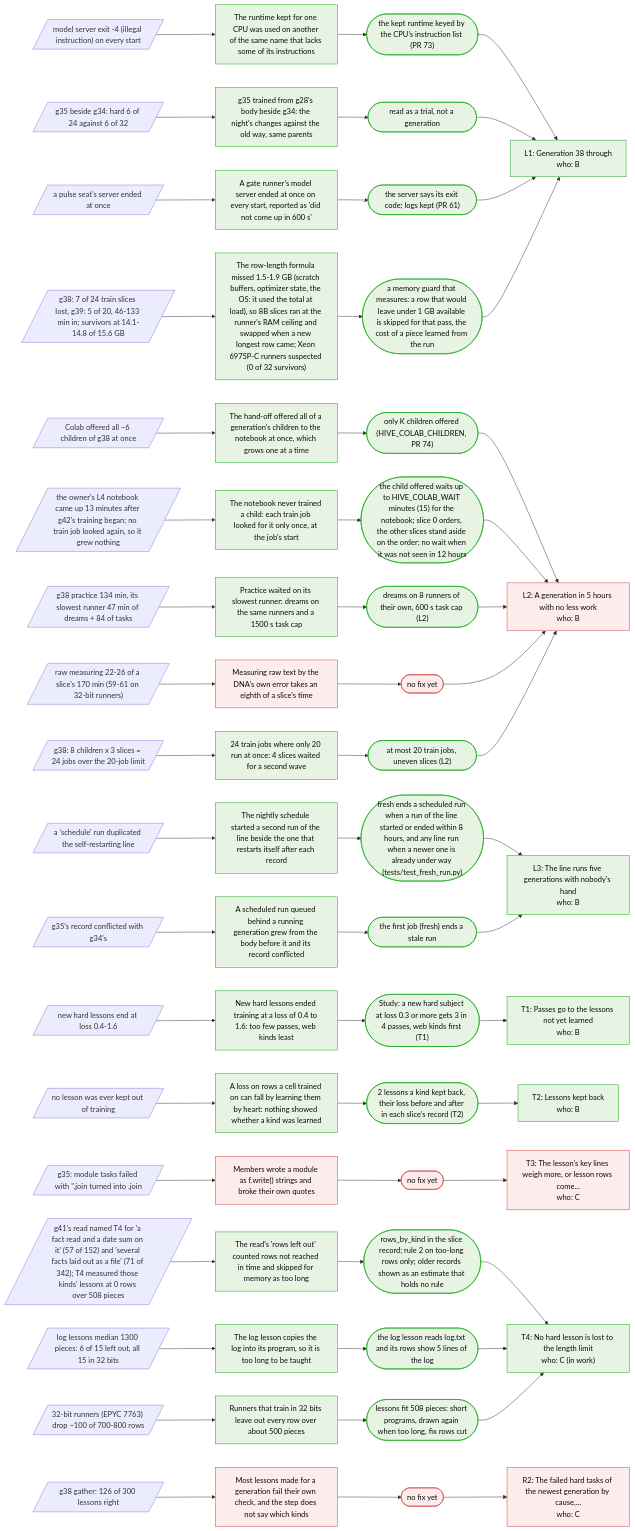
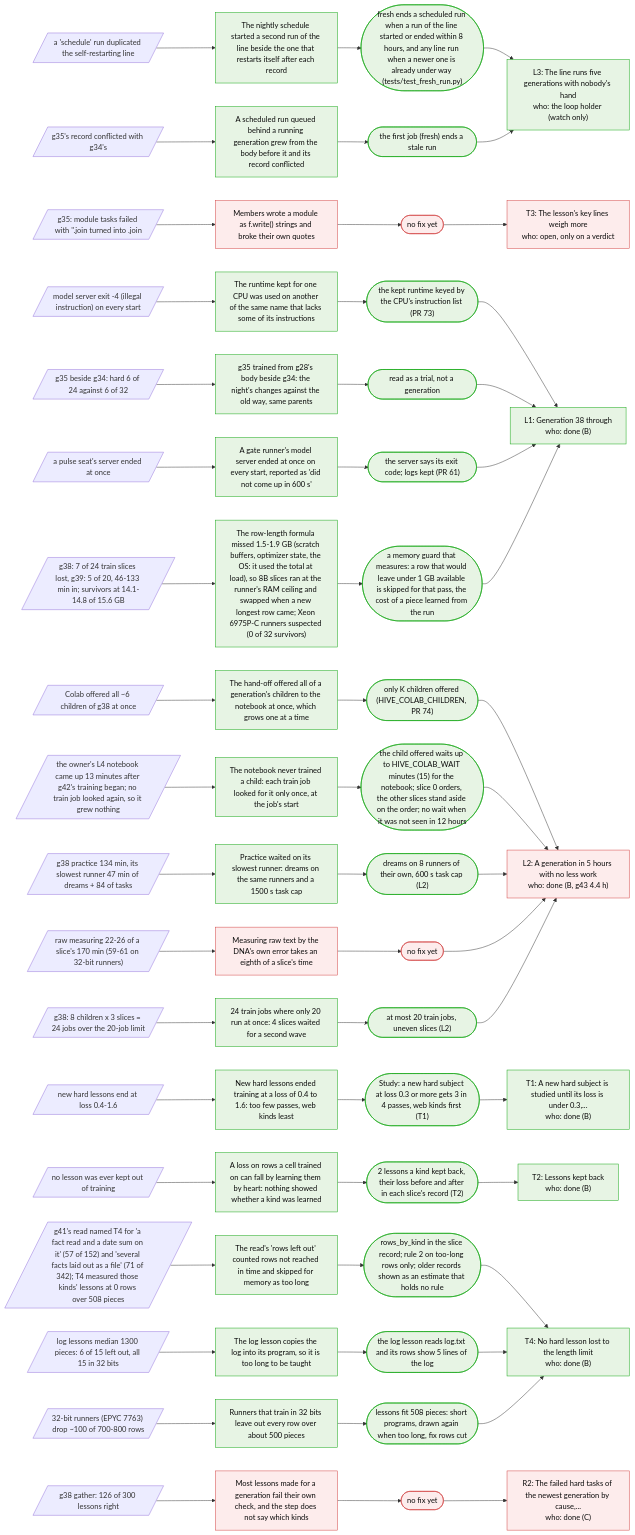
The third of 4 diagrams in docs/KNOWLEDGE.md (Arnav123-s/HiveMIND), drawn with Mermaid before and after one commit. The commit also changed other lines of this file and 1 other file, not shown here.

First line of the commit message:
Board keeps its done pieces as rows (the knowledge links name them), the knowledge page redrawn

````diff
--- a/docs/KNOWLEDGE.md
+++ b/docs/KNOWLEDGE.md
@@ -87,13 +87,25 @@
 ```mermaid
 flowchart LR
-  pc_L1["L1: Generation 38 through<br/>who: B"]:::fixed
-  pc_L2["L2: A generation in 5 hours with no less work<br/>who: B"]:::open
-  pc_L3["L3: The line runs five generations with nobody's hand<br/>who: B"]:::fixed
-  pc_T1["T1: Passes go to the lessons not yet learned<br/>who: B"]:::fixed
-  pc_T2["T2: Lessons kept back<br/>who: B"]:::fixed
-  pc_T3["T3: The lesson's key lines weigh more, or lesson rows come...<br/>who: C"]:::open
-  pc_T4["T4: No hard lesson is lost to the length limit<br/>who: C (in work)"]:::fixed
-  pc_R2["R2: The failed hard tasks of the newest generation by cause,...<br/>who: C"]:::open
+  pc_L3["L3: The line runs five generations with nobody's hand<br/>who: the loop holder (watch only)"]:::fixed
+  pc_T3["T3: The lesson's key lines weigh more<br/>who: open, only on a verdict"]:::open
+  pc_L1["L1: Generation 38 through<br/>who: done (B)"]:::fixed
+  pc_L2["L2: A generation in 5 hours with no less work<br/>who: done (B, g43 4.4 h)"]:::open
+  pc_T1["T1: A new hard subject is studied until its loss is under 0.3,...<br/>who: done (B)"]:::fixed
+  pc_T2["T2: Lessons kept back<br/>who: done (B)"]:::fixed
+  pc_T4["T4: No hard lesson lost to the length limit<br/>who: done (B)"]:::fixed
+  pc_R2["R2: The failed hard tasks of the newest generation by cause,...<br/>who: done (C)"]:::open
+  s_scheduledup[/"a 'schedule' run duplicated the self-restarting line"/]
+  c_scheduledup["The nightly schedule started a second run of the line beside the one that restarts itself after each record"]:::fixed
+  x_scheduledup(["fresh ends a scheduled run when a run of the line started or ended within 8 hours, and any line run when a newer one is already under way (tests/test_fresh_run.py)"]):::fixed
+  s_scheduledup --> c_scheduledup --> x_scheduledup --> pc_L3
+  s_stalebody[/"g35's record conflicted with g34's"/]
+  c_stalebody["A scheduled run queued behind a running generation grew from the body before it and its record conflicted"]:::fixed
+  x_stalebody(["the first job (fresh) ends a stale run"]):::fixed
+  s_stalebody --> c_stalebody --> x_stalebody --> pc_L3
+  s_modulestring[/"g35: module tasks failed with ''.join turned into .join"/]
+  c_modulestring["Members wrote a module as f.write() strings and broke their own quotes"]:::open
+  x_modulestring(["no fix yet"]):::open
+  s_modulestring --> c_modulestring --> x_modulestring --> pc_T3
   s_cpuflags[/"model server exit -4 (illegal instruction) on every start"/]
   c_cpuflags["The runtime kept for one CPU was used on another of the same name that lacks some of its instructions"]:::fixed
   x_cpuflags(["the kept runtime keyed by the CPU's instruction list (PR 73)"]):::fixed
@@ -130,14 +142,6 @@
   c_twowaves["24 train jobs where only 20 run at once: 4 slices waited for a second wave"]:::fixed
   x_twowaves(["at most 20 train jobs, uneven slices (L2)"]):::fixed
   s_twowaves --> c_twowaves --> x_twowaves --> pc_L2
-  s_scheduledup[/"a 'schedule' run duplicated the self-restarting line"/]
-  c_scheduledup["The nightly schedule started a second run of the line beside the one that restarts itself after each record"]:::fixed
-  x_scheduledup(["fresh ends a scheduled run when a run of the line started or ended within 8 hours, and any line run when a newer one is already under way (tests/test_fresh_run.py)"]):::fixed
-  s_scheduledup --> c_scheduledup --> x_scheduledup --> pc_L3
-  s_stalebody[/"g35's record conflicted with g34's"/]
-  c_stalebody["A scheduled run queued behind a running generation grew from the body before it and its record conflicted"]:::fixed
-  x_stalebody(["the first job (fresh) ends a stale run"]):::fixed
-  s_stalebody --> c_stalebody --> x_stalebody --> pc_L3
   s_fewpasses[/"new hard lessons end at loss 0.4-1.6"/]
   c_fewpasses["New hard lessons ended training at a loss of 0.4 to 1.6: too few passes, web kinds least"]:::fixed
   x_fewpasses(["Study: a new hard subject at loss 0.3 or more gets 3 in 4 passes, web kinds first (T1)"]):::fixed
@@ -146,10 +150,6 @@
   c_keptback["A loss on rows a cell trained on can fall by learning them by heart: nothing showed whether a kind was learned"]:::fixed
   x_keptback(["2 lessons a kind kept back, their loss before and after in each slice's record (T2)"]):::fixed
   s_keptback --> c_keptback --> x_keptback --> pc_T2
-  s_modulestring[/"g35: module tasks failed with ''.join turned into .join"/]
-  c_modulestring["Members wrote a module as f.write() strings and broke their own quotes"]:::open
-  x_modulestring(["no fix yet"]):::open
-  s_modulestring --> c_modulestring --> x_modulestring --> pc_T3
   s_leftoutmeasure[/"g41's read named T4 for 'a fact read and a date sum on it' (57 of 152) and 'several facts laid out as a file' (71 of 342); T4 measured those kinds' lessons at 0 rows over 508 pieces"/]
   c_leftoutmeasure["The read's 'rows left out' counted rows not reached in time and skipped for memory as too long"]:::fixed
   x_leftoutmeasure(["rows_by_kind in the slice record; rule 2 on too-long rows only; older records shown as an estimate that holds no rule"]):::fixed
````
